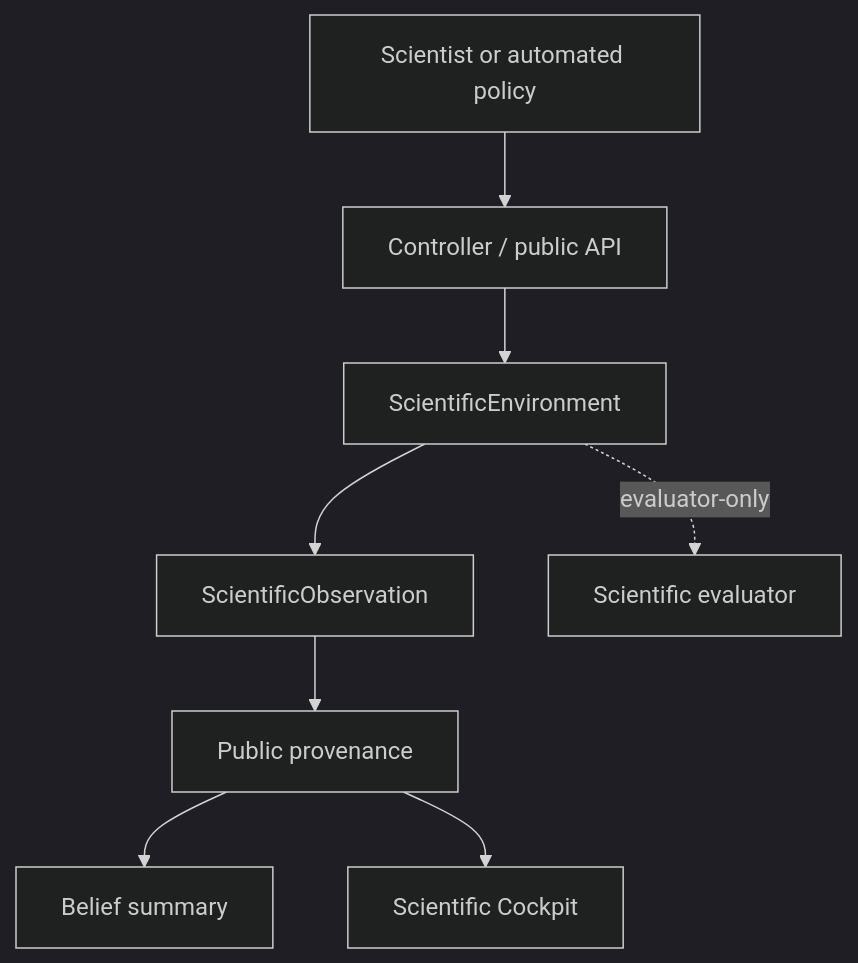
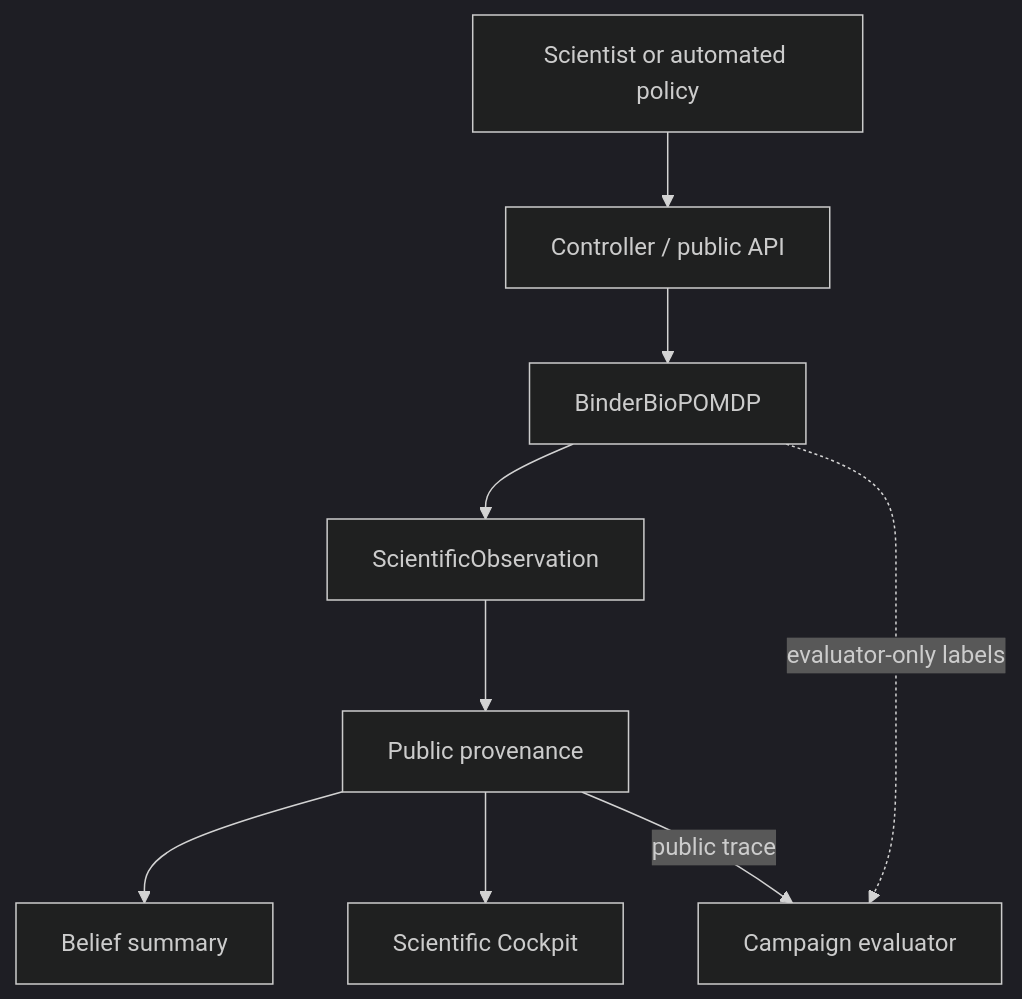
One commit to Pimentellll/originator-science changed the diagram in docs/architecture/SYSTEM_CONTEXT.md. Above: the diagram before and after it, drawn with Mermaid (dark theme). The commit also changed other lines of this file and 57 other files, not shown here.

````diff
--- a/docs/architecture/SYSTEM_CONTEXT.md
+++ b/docs/architecture/SYSTEM_CONTEXT.md
@@ -5,10 +8,11 @@
-~~~mermaid
+```mermaid
 flowchart TB
-  User[Scientist or automated policy] --> API[Controller / public API]
-  API --> Env[ScientificEnvironment]
-  Env --> Obs[ScientificObservation]
-  Obs --> Log[Public provenance]
-  Log --> Belief[Belief summary]
-  Log --> UI[Scientific Cockpit]
-  Env -. evaluator-only .-> Eval[Scientific evaluator]
-~~~
+  User["Scientist or automated policy"] --> API["Controller / public API"]
+  API --> Env["BinderBioPOMDP"]
+  Env --> Obs["ScientificObservation"]
+  Obs --> Log["Public provenance"]
+  Log --> Belief["Belief summary"]
+  Log --> UI["Scientific Cockpit"]
+  Env -. "evaluator-only labels" .-> Eval["Campaign evaluator"]
+  Log -- "public trace" --> Eval
+```
````
